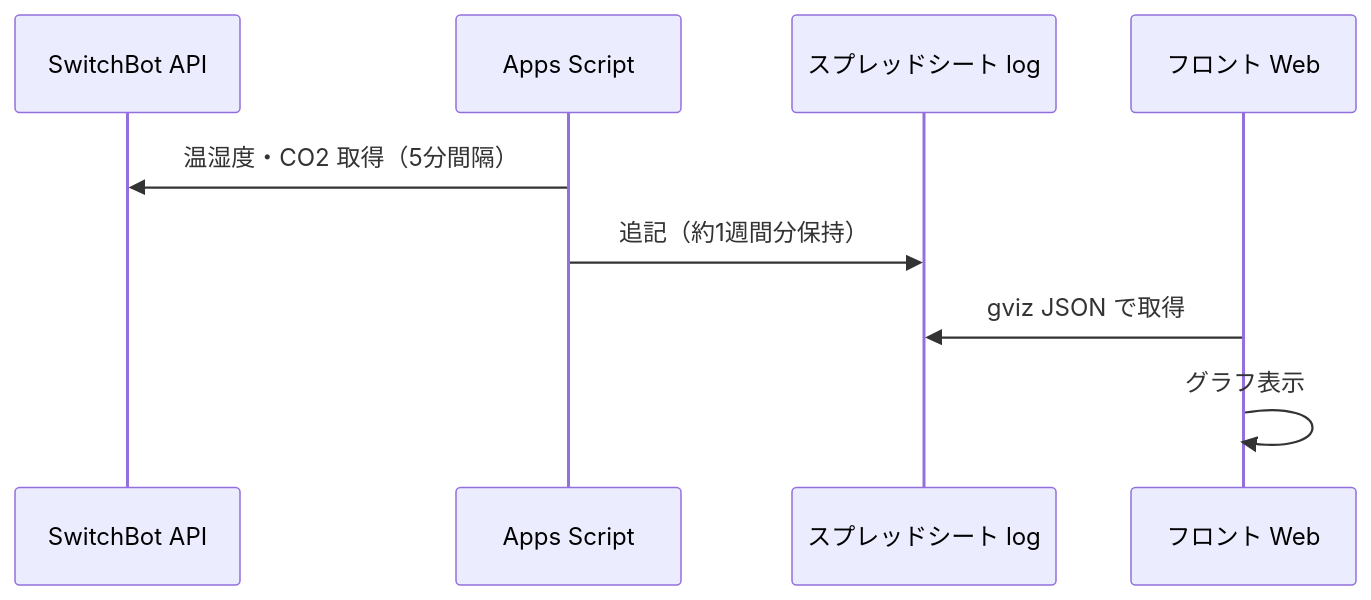
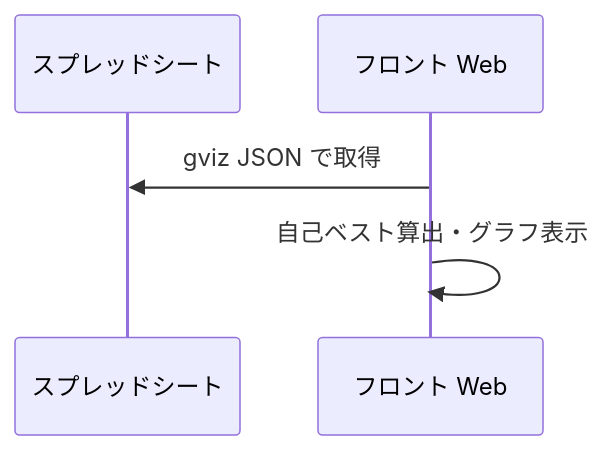
One commit to naoiw/big3-record changed the diagram in README.md. Above: the diagram before and after it, drawn with Mermaid. The commit also changed other lines of this file, not shown here.

````diff
--- a/README.md
+++ b/README.md
@@ -7,11 +7,7 @@
 ```mermaid
 sequenceDiagram
-  participant API as SwitchBot API
-  participant GAS as Apps Script
-  participant Sheet as スプレッドシート log
+  participant Sheet as スプレッドシート
   participant Front as フロント Web
-  GAS->>API: 温湿度・CO2 取得（5分間隔）
-  GAS->>Sheet: 追記（約1週間分保持）
   Front->>Sheet: gviz JSON で取得
-  Front->>Front: グラフ表示
+  Front->>Front: 自己ベスト算出・グラフ表示
 ```
````
